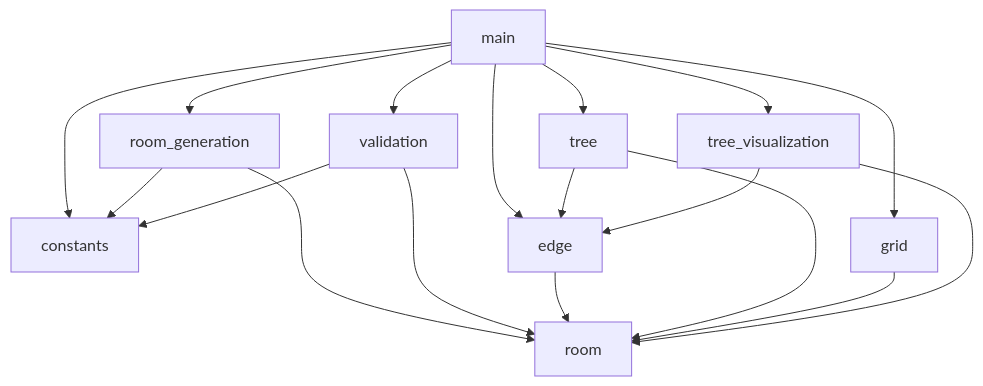
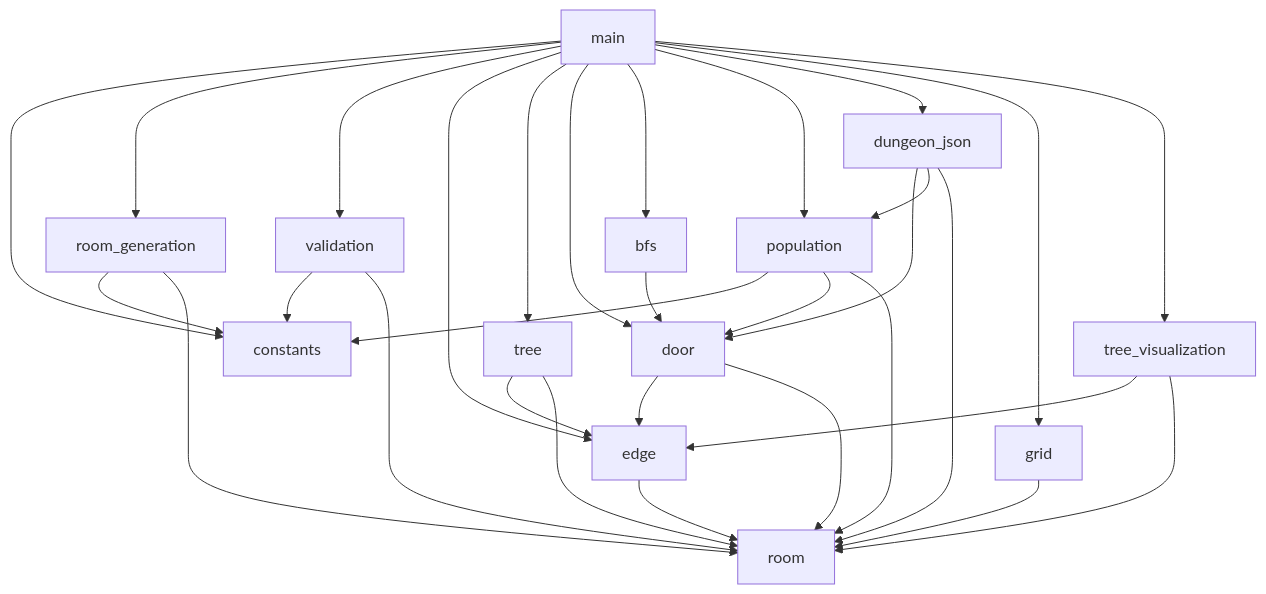
One commit to verdoxOP/procgen-dungeon changed the second of 2 diagrams in Algorithms/rust/procgen_dungeon/docs/architecture.md. Above: the diagram before and after it, drawn with Mermaid. The commit also changed other lines of this file and 7 other files, not shown here.

````diff
--- a/Algorithms/rust/procgen_dungeon/docs/architecture.md
+++ b/Algorithms/rust/procgen_dungeon/docs/architecture.md
@@ -109,20 +118,33 @@
 ```mermaid
 flowchart TD
     main --> constants
     main --> room_generation
     main --> validation
     main --> edge
     main --> tree
+    main --> door
+    main --> bfs
+    main --> population
+    main --> dungeon_json
     main --> grid
     main --> tree_visualization
     room_generation --> constants
     room_generation --> room
     validation --> constants
     validation --> room
     edge --> room
     tree --> edge
     tree --> room
+    door --> edge
+    door --> room
+    bfs --> door
+    population --> constants
+    population --> door
+    population --> room
+    dungeon_json --> door
+    dungeon_json --> population
+    dungeon_json --> room
     grid --> room
     tree_visualization --> edge
     tree_visualization --> room
 ```
````
